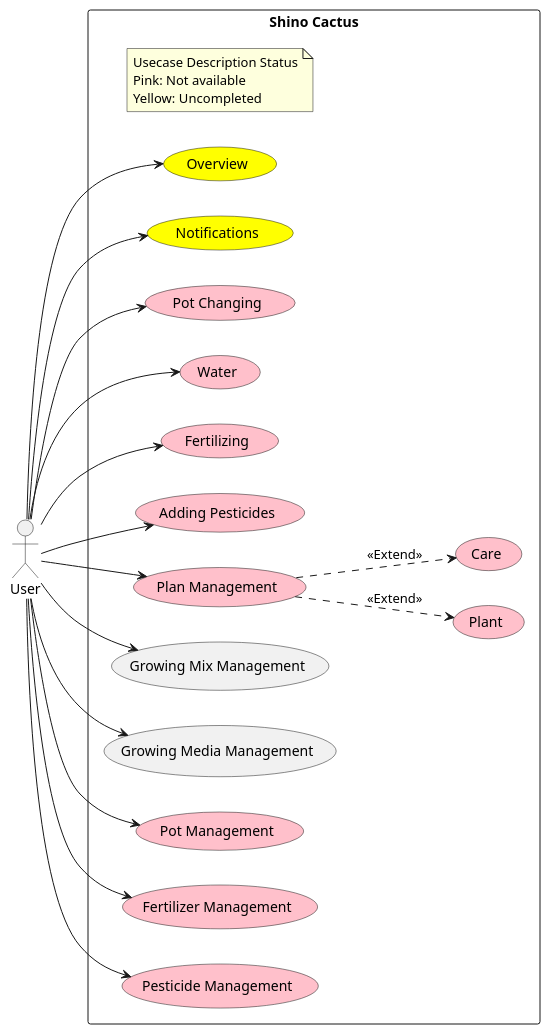
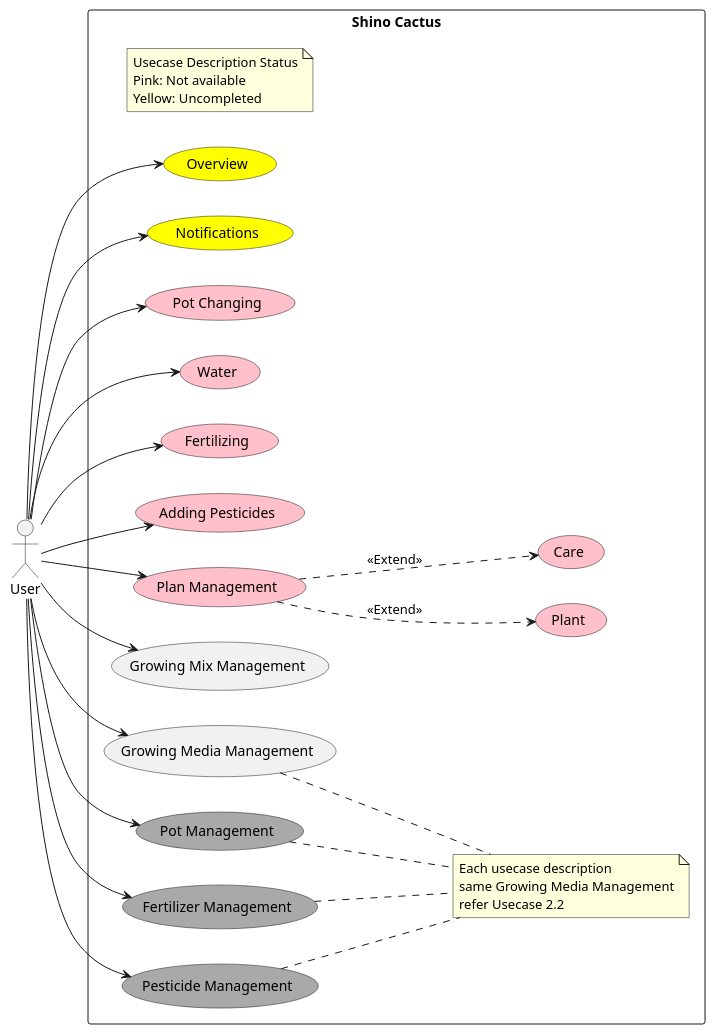
Before and after one commit to Shinodari/CactusMan-Analysis: the diagram in UML/Concept.puml, drawn with PlantUML. The commit also changed 1 other file, not shown here.

Commit message:
feat(usecase): add note about usecase 2.1-5.1

```diff
--- a/UML/Concept.puml
+++ b/UML/Concept.puml
@@ -1,38 +1,45 @@
 @startuml Usecase
 left to right direction
 actor User
 rectangle "Shino Cactus" as ShinoCactus{
     note "Usecase Description Status\nPink: Not available\nYellow: Uncompleted" as CommonNote
+    note "Each usecase description\nsame Growing Media Management\nrefer Usecase 2.2" as SameDesc
 
     usecase Overview #Yellow
     usecase Notifications #Yellow
     usecase "Pot Changing" as PotC #pink
     usecase Water #pink
     usecase Fertilizing #pink 
     usecase "Adding Pesticides" as APesticides #pink
     usecase "Plan Management" as PlanM #pink
     usecase Plant #pink
     usecase Care #pink
     usecase "Growing Mix Management" as GXM
     usecase "Growing Media Management" as GMM
-    usecase "Pot Management" as PotM #pink
-    usecase "Fertilizer Management" as FertilizerM #pink
-    usecase "Pesticide Management" as PesticideM #pink
+    usecase "Pot Management" as PotM #darkgrey
+    usecase "Fertilizer Management" as FertilizerM #darkgrey
+    usecase "Pesticide Management" as PesticideM #darkgrey
+
 }
 
 User --> Overview
 User --> Notifications
 User --> PotC
 User --> Water
 User --> Fertilizing
 User --> APesticides
 User --> PlanM
 User --> GXM
 User --> GMM
 User --> PotM
 User --> FertilizerM
 User --> PesticideM
 
 PlanM ..> Plant : <<Extend>>
 PlanM ..> Care : <<Extend>>
+
+GMM .. SameDesc
+PotM .. SameDesc
+FertilizerM .. SameDesc
+PesticideM .. SameDesc
 @enduml
```
